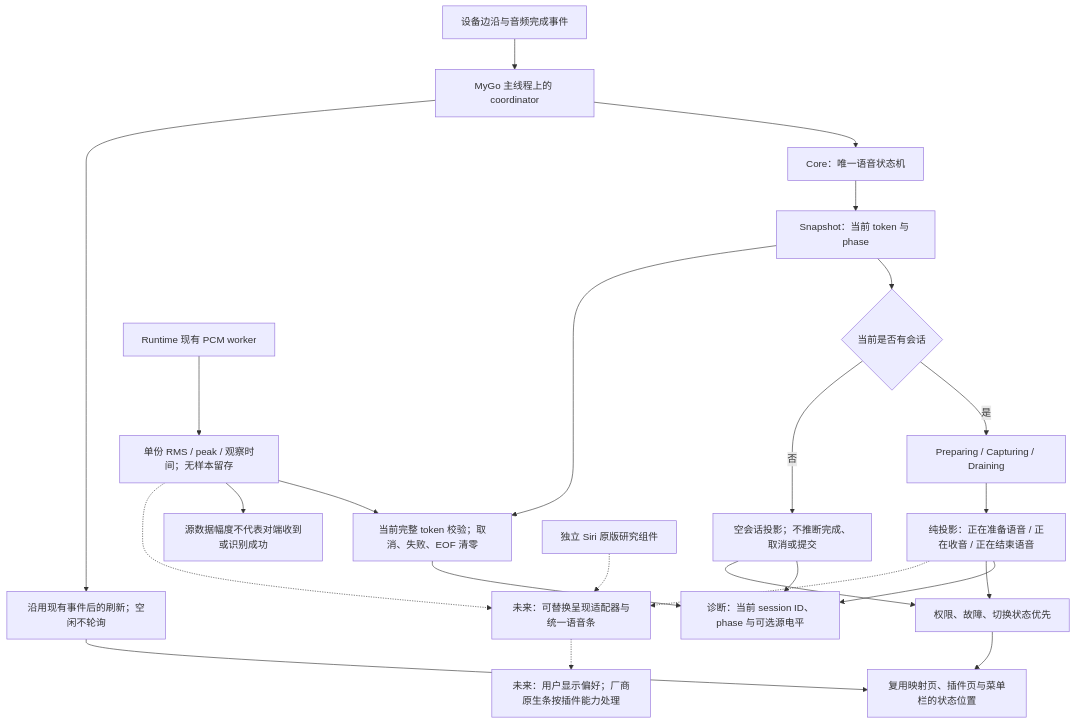
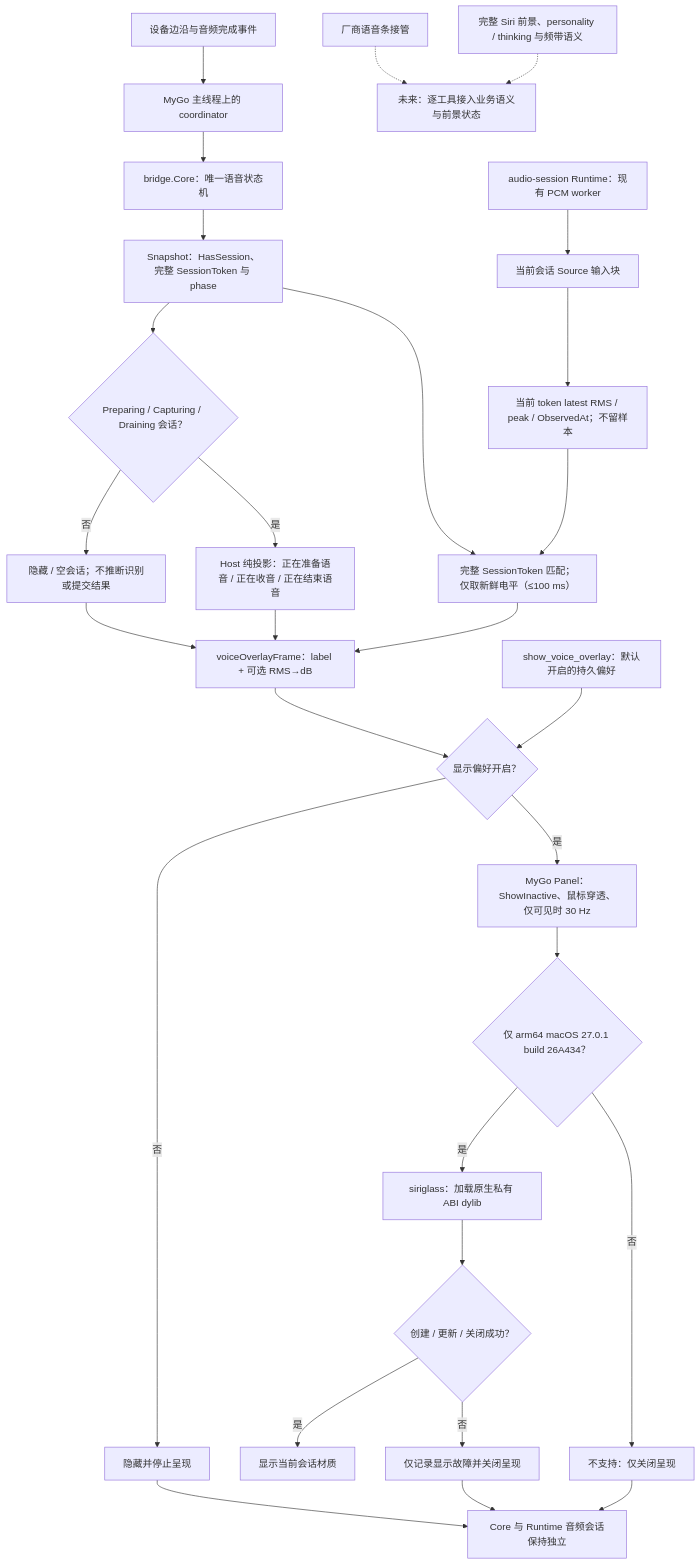
The diagram in tools/workbench/diagrams/voice-presentation-boundary.mmd (daftAI2026/MiMac), drawn with Mermaid before and after one commit. The commit also changed 5 other files, not shown here.

```diff
--- a/tools/workbench/diagrams/voice-presentation-boundary.mmd
+++ b/tools/workbench/diagrams/voice-presentation-boundary.mmd
@@ -1,24 +1,32 @@
 flowchart TD
     input["设备边沿与音频完成事件"] --> owner["MyGo 主线程上的 coordinator"]
-    owner --> core["Core：唯一语音状态机"]
-    core --> snapshot["Snapshot：当前 token 与 phase"]
-    snapshot --> exists{"当前是否有会话"}
-    exists -->|是| phases["Preparing / Capturing / Draining"]
-    phases --> project["纯投影：正在准备语音 / 正在收音 / 正在结束语音"]
-    exists -->|否| idle["空会话投影；不推断完成、取消或提交"]
-    project --> report["诊断：当前 session ID、phase 与可选源电平"]
-    idle --> report
-    project --> priority["权限、故障、切换状态优先"]
-    idle --> priority
-    priority --> status["复用映射页、插件页与菜单栏的状态位置"]
-    owner --> refresh["沿用现有事件后的刷新；空闲不轮询"]
-    refresh --> status
-    project -.-> renderer["未来：可替换呈现适配器与统一语音条"]
-    pcm["Runtime 现有 PCM worker"] --> meter["单份 RMS / peak / 观察时间；无样本留存"]
-    meter --> match["当前完整 token 校验；取消、失败、EOF 清零"]
-    snapshot --> match
-    match --> report
-    meter --> meaning["源数据幅度不代表对端收到或识别成功"]
-    meter -.-> renderer
-    siri["独立 Siri 原版研究组件"] -.-> renderer
-    renderer -.-> settings["未来：用户显示偏好；厂商原生条按插件能力处理"]
+    owner --> core["bridge.Core：唯一语音状态机"]
+    core --> snapshot["Snapshot：HasSession、完整 SessionToken 与 phase"]
+    snapshot --> active{"Preparing / Capturing / Draining 会话？"}
+    active -->|否| idle["隐藏 / 空会话；不推断识别或提交结果"]
+    active -->|是| phase["Host 纯投影：正在准备语音 / 正在收音 / 正在结束语音"]
+
+    runtime["audio-session Runtime：现有 PCM worker"] --> source["当前会话 Source 输入块"]
+    source --> meter["当前 token latest RMS / peak / ObservedAt；不留样本"]
+    snapshot --> match["完整 SessionToken 匹配；仅取新鲜电平（≤100 ms）"]
+    meter --> match
+    phase --> frame["voiceOverlayFrame：label + 可选 RMS→dB"]
+    match --> frame
+    idle --> frame
+
+    preference["show_voice_overlay：默认开启的持久偏好"] --> enabled{"显示偏好开启？"}
+    frame --> enabled
+    enabled -->|否| hidden["隐藏并停止呈现"]
+    enabled -->|是| panel["MyGo Panel：ShowInactive、鼠标穿透、仅可见时 30 Hz"]
+    panel --> gate{"仅 arm64 macOS 27.0.1 build 26A434？"}
+    gate -->|是| renderer["siriglass：加载原生私有 ABI dylib"]
+    gate -->|否| unsupported["不支持：仅关闭呈现"]
+    renderer --> operation{"创建 / 更新 / 关闭成功？"}
+    operation -->|是| material["显示当前会话材质"]
+    operation -->|否| failure["仅记录显示故障并关闭呈现"]
+    hidden --> audio["Core 与 Runtime 音频会话保持独立"]
+    unsupported --> audio
+    failure --> audio
+
+    vendor["厂商语音条接管"] -.-> future["未来：逐工具接入业务语义与前景状态"]
+    siri["完整 Siri 前景、personality / thinking 与频带语义"] -.-> future
```
